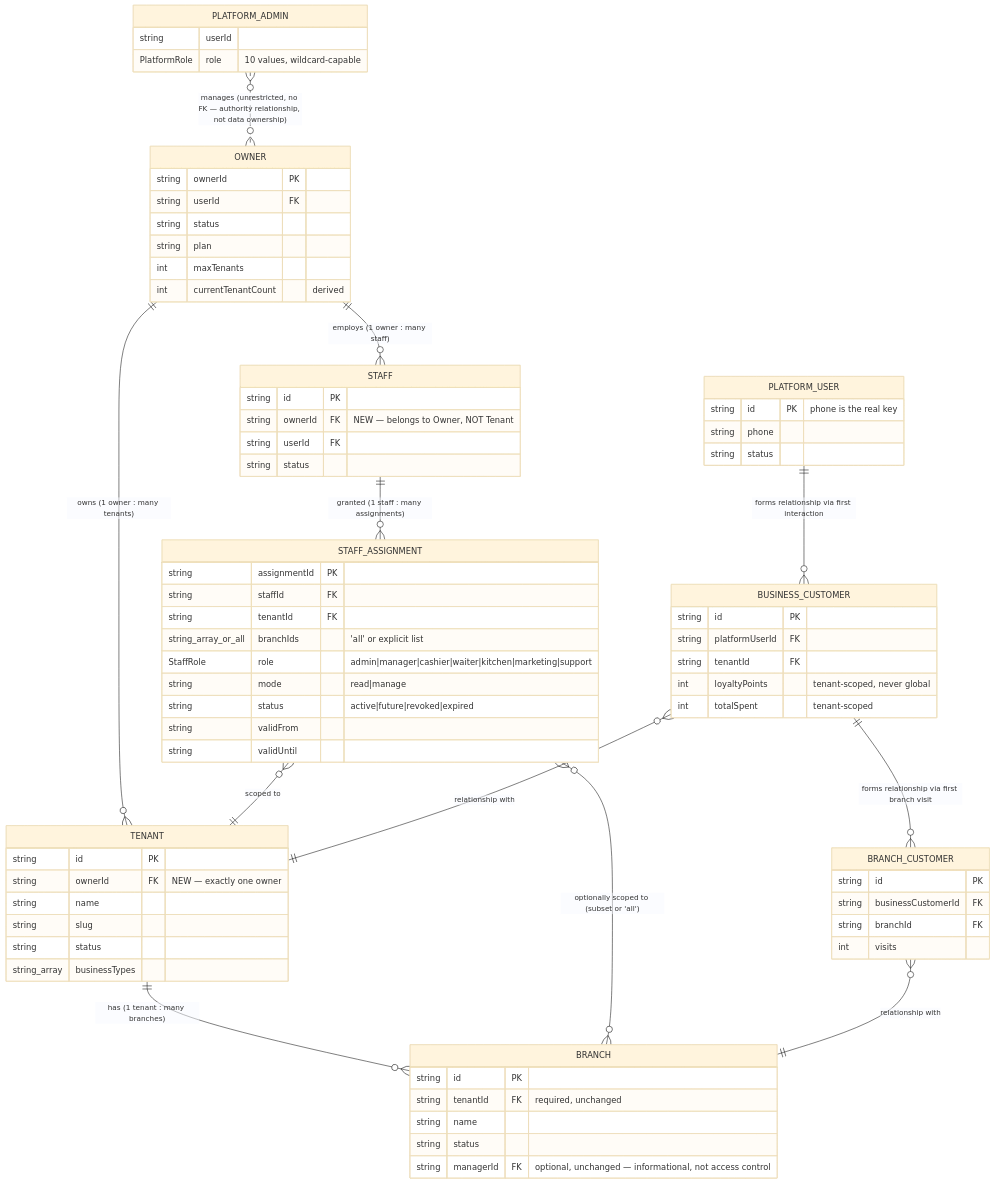
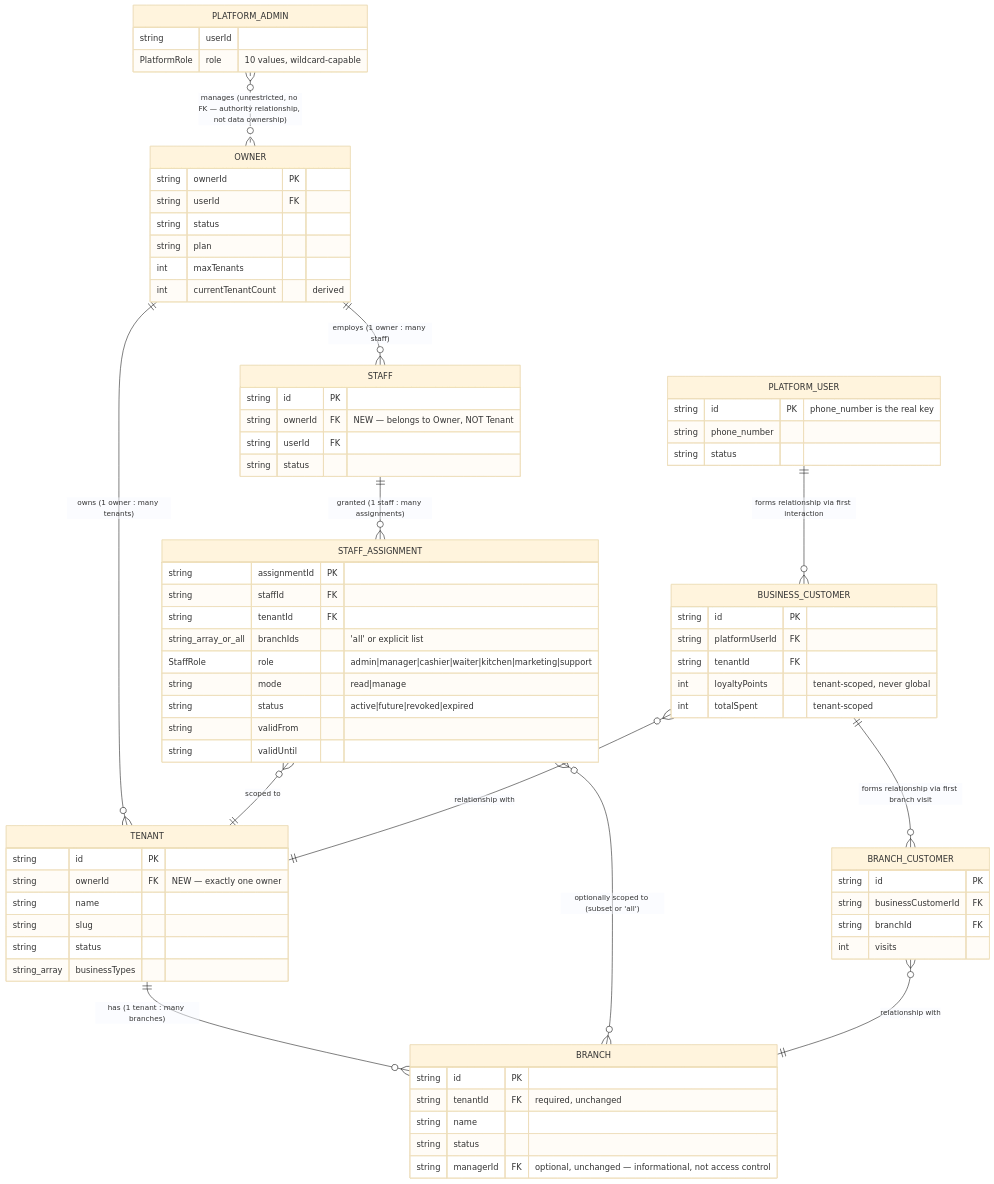
Before and after one commit to shipittofar/samoon_Q: the first of 8 diagrams in docs/P10.1_OWNERSHIP_RBAC_ARCHITECTURE.md, drawn with Mermaid (base theme). The commit also changed 106 other files, not shown here.

````diff
--- a/docs/P10.1_OWNERSHIP_RBAC_ARCHITECTURE.md
+++ b/docs/P10.1_OWNERSHIP_RBAC_ARCHITECTURE.md
@@ -125,77 +125,77 @@
 ```mermaid
 erDiagram
     PLATFORM_ADMIN {
         string userId
         PlatformRole role "10 values, wildcard-capable"
     }
     OWNER {
         string ownerId PK
         string userId FK
         string status
         string plan
         int maxTenants
         int currentTenantCount "derived"
     }
     TENANT {
         string id PK
         string ownerId FK "NEW — exactly one owner"
         string name
         string slug
         string status
         string_array businessTypes
     }
     BRANCH {
         string id PK
         string tenantId FK "required, unchanged"
         string name
         string status
         string managerId FK "optional, unchanged — informational, not access control"
     }
     STAFF {
         string id PK
         string ownerId FK "NEW — belongs to Owner, NOT Tenant"
         string userId FK
         string status
     }
     STAFF_ASSIGNMENT {
         string assignmentId PK
         string staffId FK
         string tenantId FK
         string_array_or_all branchIds "'all' or explicit list"
         StaffRole role "admin|manager|cashier|waiter|kitchen|marketing|support"
         string mode "read|manage"
         string status "active|future|revoked|expired"
         string validFrom
         string validUntil
     }
     PLATFORM_USER {
-        string id PK "phone is the real key"
-        string phone
+        string id PK "phone_number is the real key"
+        string phone_number
         string status
     }
     BUSINESS_CUSTOMER {
         string id PK
         string platformUserId FK
         string tenantId FK
         int loyaltyPoints "tenant-scoped, never global"
         int totalSpent "tenant-scoped"
     }
     BRANCH_CUSTOMER {
         string id PK
         string businessCustomerId FK
         string branchId FK
         int visits
     }
 
     OWNER ||--o{ TENANT : "owns (1 owner : many tenants)"
     TENANT ||--o{ BRANCH : "has (1 tenant : many branches)"
     OWNER ||--o{ STAFF : "employs (1 owner : many staff)"
     STAFF ||--o{ STAFF_ASSIGNMENT : "granted (1 staff : many assignments)"
     STAFF_ASSIGNMENT }o--|| TENANT : "scoped to"
     STAFF_ASSIGNMENT }o--o{ BRANCH : "optionally scoped to (subset or 'all')"
     PLATFORM_USER ||--o{ BUSINESS_CUSTOMER : "forms relationship via first interaction"
     BUSINESS_CUSTOMER ||--o{ BRANCH_CUSTOMER : "forms relationship via first branch visit"
     BUSINESS_CUSTOMER }o--|| TENANT : "relationship with"
     BRANCH_CUSTOMER }o--|| BRANCH : "relationship with"
     PLATFORM_ADMIN }o..o{ OWNER : "manages (unrestricted, no FK — authority relationship, not data ownership)"
 ```
````
